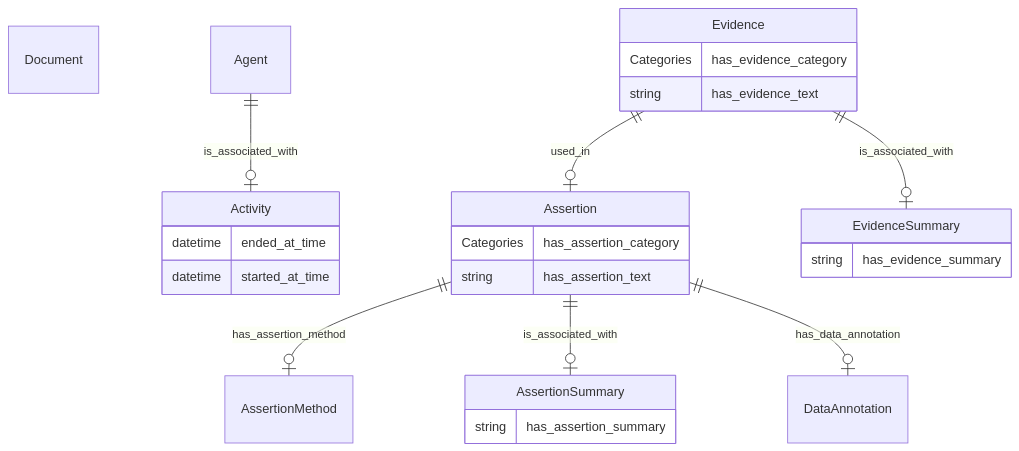
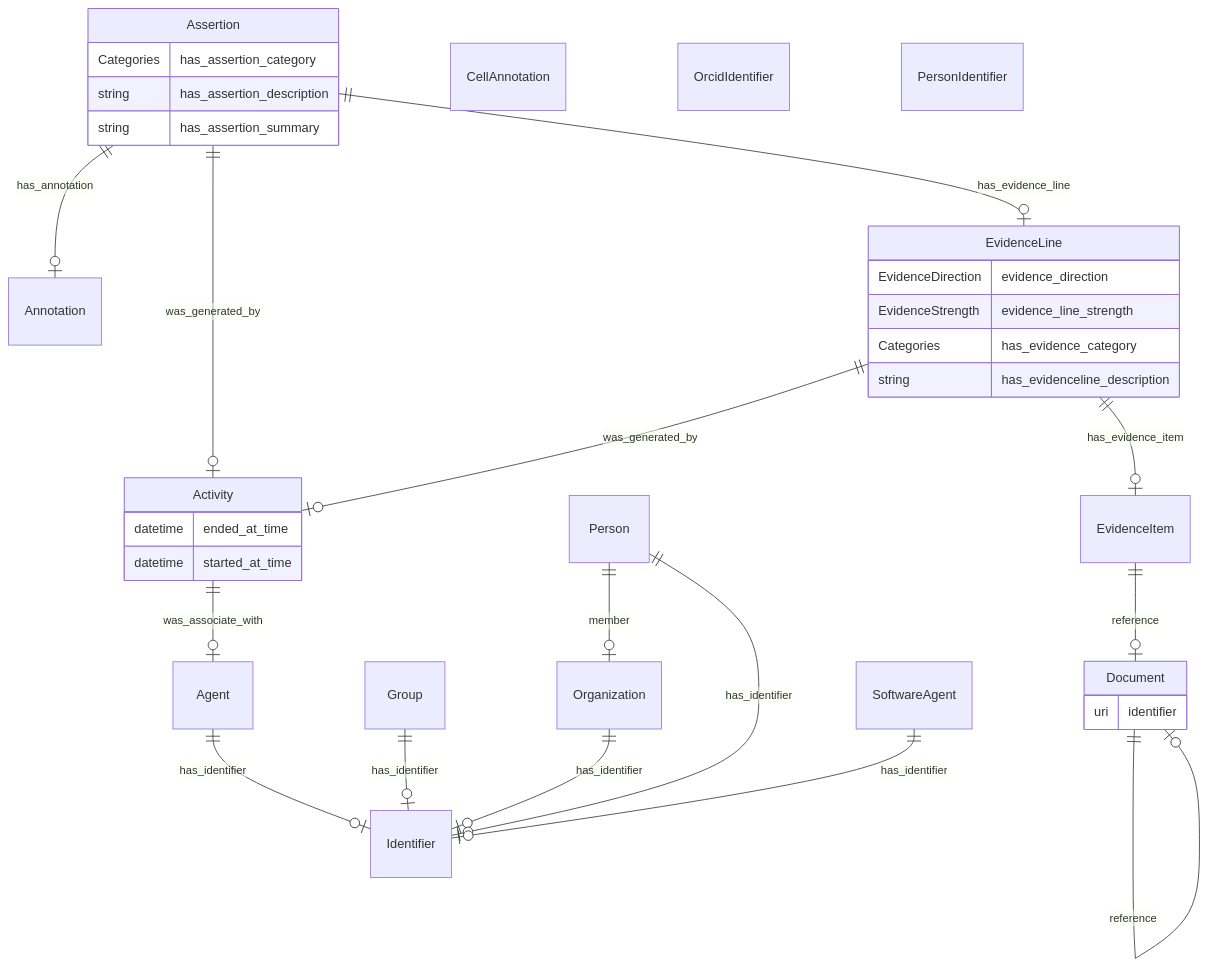
The diagram in erdiagram-autogen/assertion_evidence.md (brain-bican/models), drawn with Mermaid before and after one commit. The commit also changed 3 other files, not shown here.

Commit message:
generate another formats for assertion_evidence model

````diff
--- a/erdiagram-autogen/assertion_evidence.md
+++ b/erdiagram-autogen/assertion_evidence.md
@@ -1,41 +1,70 @@
 ```mermaid
 erDiagram
-Assertion {
-    Categories has_assertion_category  
-    string has_assertion_text  
-}
-Document {
-
-}
 Activity {
     datetime ended_at_time  
     datetime started_at_time  
 }
 Agent {
 
 }
-AssertionSummary {
+Annotation {
+
+}
+Assertion {
+    Categories has_assertion_category  
+    string has_assertion_description  
     string has_assertion_summary  
 }
-EvidenceSummary {
-    string has_evidence_summary  
-}
-AssertionMethod {
+CellAnnotation {
 
 }
-DataAnnotation {
+Document {
+    uri identifier  
+}
+EvidenceItem {
 
 }
-Evidence {
+EvidenceLine {
+    EvidenceDirection evidence_direction  
+    EvidenceStrength evidence_line_strength  
     Categories has_evidence_category  
-    string has_evidence_text  
+    string has_evidenceline_description  
+}
+Group {
+
+}
+Identifier {
+
+}
+OrcidIdentifier {
+
+}
+Organization {
+
+}
+Person {
+
+}
+PersonIdentifier {
+
+}
+SoftwareAgent {
+
 }
 
-Assertion ||--|o AssertionMethod : "has_assertion_method"
-Assertion ||--|o AssertionSummary : "is_associated_with"
-Assertion ||--|o DataAnnotation : "has_data_annotation"
-Agent ||--|o Activity : "is_associated_with"
-Evidence ||--|o Assertion : "used_in"
-Evidence ||--|o EvidenceSummary : "is_associated_with"
+Activity ||--|o Agent : "was_associate_with"
+Agent ||--|o Identifier : "has_identifier"
+Assertion ||--|o Annotation : "has_annotation"
+Assertion ||--|o Activity : "was_generated_by"
+Assertion ||--|o EvidenceLine : "has_evidence_line"
+Document ||--|o Document : "reference"
+EvidenceItem ||--|o Document : "reference"
+EvidenceLine ||--|o EvidenceItem : "has_evidence_item"
+EvidenceLine ||--|o Activity : "was_generated_by"
+Group ||--|o Identifier : "has_identifier"
+Organization ||--|o Identifier : "has_identifier"
+Person ||--|o Organization : "member"
+Person ||--|o Identifier : "has_identifier"
+SoftwareAgent ||--|o Identifier : "has_identifier"
 
 ```
````
